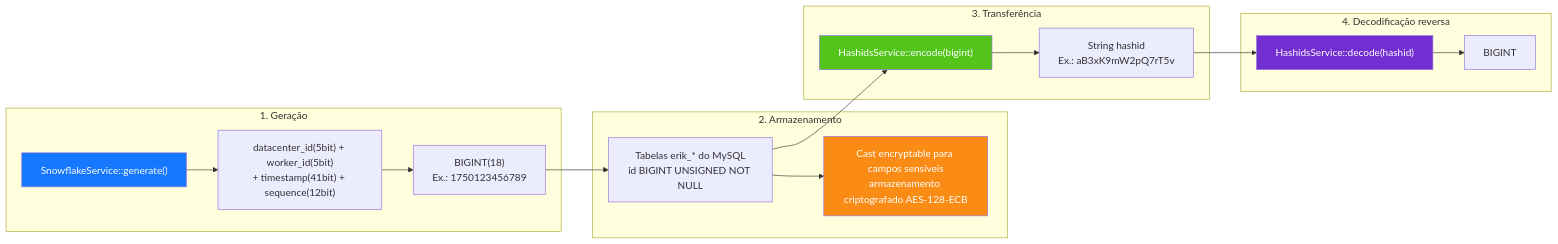
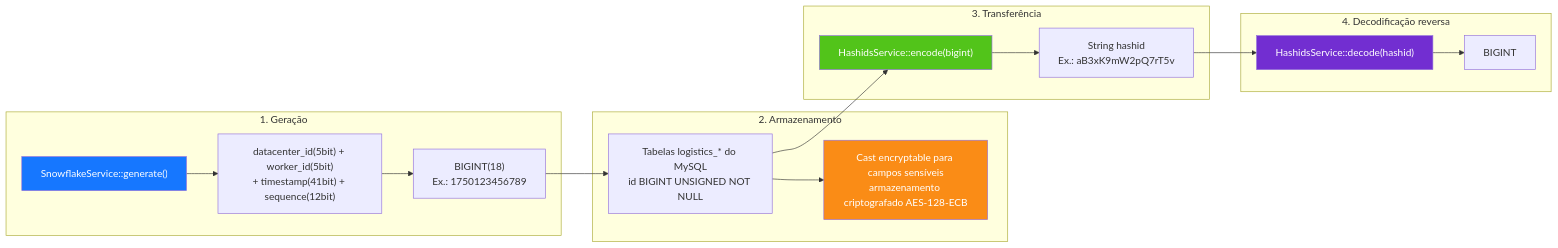
One commit to erikwang2013/integrated-global-logistics changed the diagram in admin/docs/diagrams/06-id-lifecycle.pt.md. Above: the diagram before and after it, drawn with Mermaid. The commit also changed 211 other files, not shown here.

````diff
--- a/admin/docs/diagrams/06-id-lifecycle.pt.md
+++ b/admin/docs/diagrams/06-id-lifecycle.pt.md
@@ -7,32 +7,32 @@
 ```mermaid
 flowchart LR
     subgraph gen["1. Geração"]
         g1["SnowflakeService::generate()"]
         g2["datacenter_id(5bit) + worker_id(5bit)<br/>+ timestamp(41bit) + sequence(12bit)"]
         g3["BIGINT(18)<br/>Ex.: 1750123456789"]
         g1 --> g2 --> g3
     end
 
     subgraph store["2. Armazenamento"]
-        s1["Tabelas erik_* do MySQL<br/>id BIGINT UNSIGNED NOT NULL"]
+        s1["Tabelas logistics_* do MySQL<br/>id BIGINT UNSIGNED NOT NULL"]
         s2["Cast encryptable para campos sensíveis<br/>armazenamento criptografado AES-128-ECB"]
         g3 --> s1 --> s2
     end
 
     subgraph transfer["3. Transferência"]
         t1["HashidsService::encode(bigint)"]
         t2["String hashid<br/>Ex.: aB3xK9mW2pQ7rT5v"]
         s1 --> t1 --> t2
     end
 
     subgraph reverse["4. Decodificação reversa"]
         r1["HashidsService::decode(hashid)"]
         r2["BIGINT"]
         t2 --> r1 --> r2
     end
 
     style g1 fill:#1677FF,color:#fff
     style s2 fill:#FA8C16,color:#fff
     style t1 fill:#52C41A,color:#fff
     style r1 fill:#722ED1,color:#fff
 ```
````
